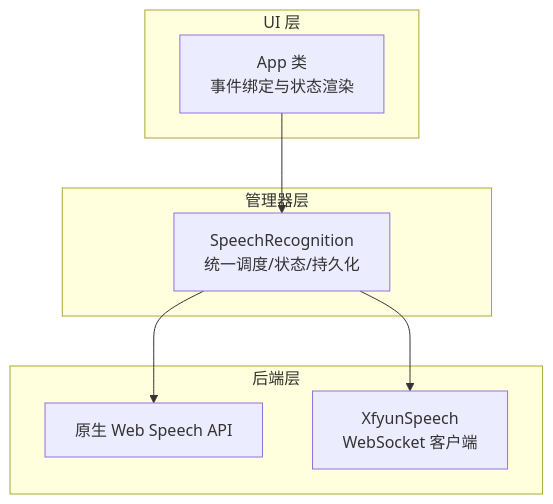
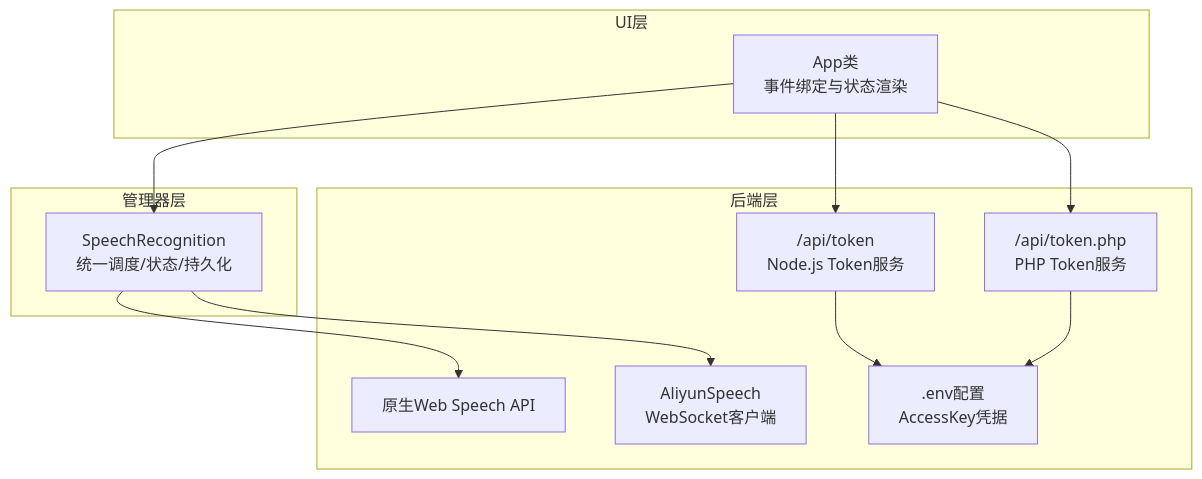
The second of 11 diagrams in .qoder/repowiki/zh/content/语音识别模块详解/多后端管理机制.md (db300/MySpeechRecognition), drawn with Mermaid before and after one commit. The commit also changed other lines of this file and 26 other files, not shown here.

````diff
--- a/.qoder/repowiki/zh/content/语音识别模块详解/多后端管理机制.md
+++ b/.qoder/repowiki/zh/content/语音识别模块详解/多后端管理机制.md
@@ -101,16 +118,23 @@
 ```mermaid
 graph TB
-subgraph "UI 层"
-UI["App 类<br/>事件绑定与状态渲染"]
+subgraph "UI层"
+UI["App类<br/>事件绑定与状态渲染"]
 end
 subgraph "管理器层"
 SR["SpeechRecognition<br/>统一调度/状态/持久化"]
 end
 subgraph "后端层"
-NAT["原生 Web Speech API"]
-XFY["XfyunSpeech<br/>WebSocket 客户端"]
+NAT["原生Web Speech API"]
+ALI["AliyunSpeech<br/>WebSocket客户端"]
+END1["/api/token<br/>Node.js Token服务"]
+END2["/api/token.php<br/>PHP Token服务"]
+END3[".env配置<br/>AccessKey凭据"]
 end
 UI --> SR
 SR --> NAT
-SR --> XFY
+SR --> ALI
+UI --> END1
+UI --> END2
+END1 --> END3
+END2 --> END3
 ```
````
